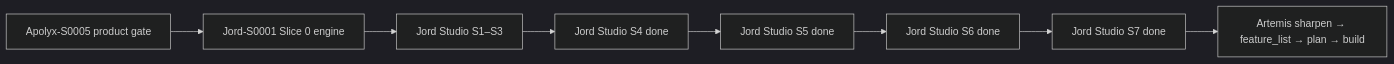
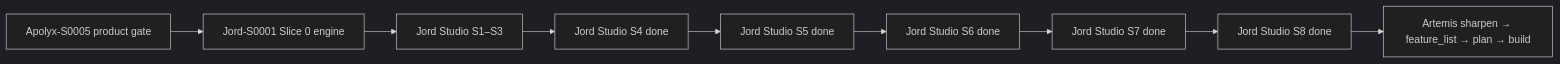
One commit to samtheory/altr.lab.turbo.v2 changed the diagram in Docs/plan/00-roadmap-apolyx-jord-artemis.md. Above: the diagram before and after it, drawn with Mermaid (dark theme). The commit also changed other lines of this file and 43 other files, not shown here.

````diff
--- a/Docs/plan/00-roadmap-apolyx-jord-artemis.md
+++ b/Docs/plan/00-roadmap-apolyx-jord-artemis.md
@@ -23,10 +23,11 @@
 ```mermaid
 flowchart LR
   A5[Apolyx-S0005 product gate] --> J0[Jord-S0001 Slice 0 engine]
   J0 --> JS1[Jord Studio S1–S3]
   JS1 --> JS4[Jord Studio S4 done]
   JS4 --> JS5[Jord Studio S5 done]
   JS5 --> JS6[Jord Studio S6 done]
   JS6 --> JS7[Jord Studio S7 done]
-  JS7 --> Art[Artemis sharpen → feature_list → plan → build]
+  JS7 --> JS8[Jord Studio S8 done]
+  JS8 --> Art[Artemis sharpen → feature_list → plan → build]
 ```
````
